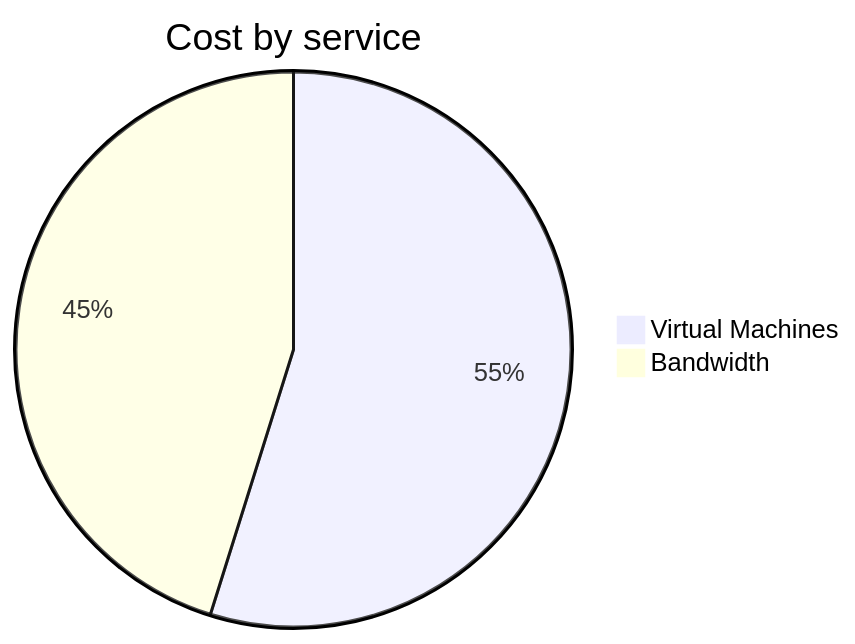
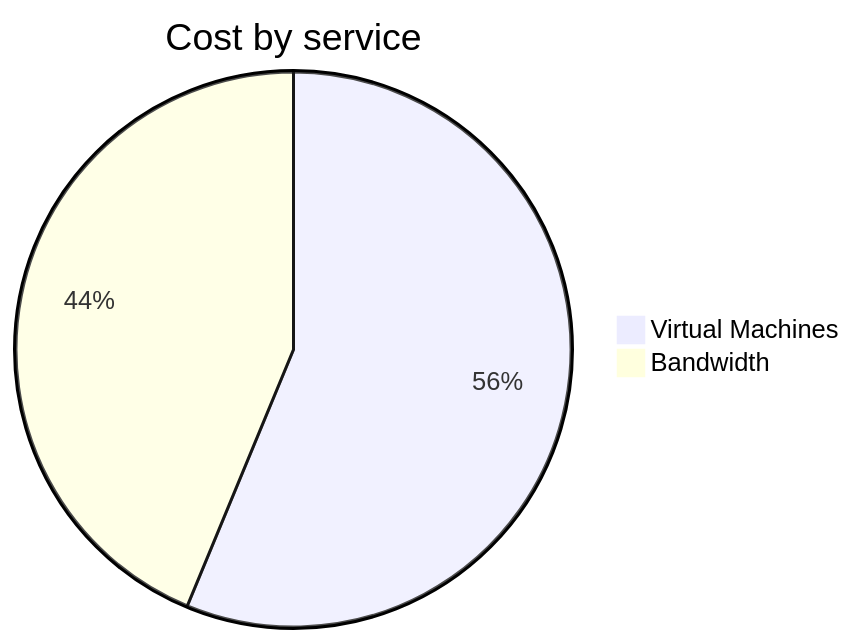
Before and after one commit to jpfulton/azure-personal-reports: the second of 4 diagrams in cost-reports/personal-network/vpn-server.md, drawn with Mermaid. The commit also changed other lines of this file and 8 other files, not shown here.

````diff
--- a/cost-reports/personal-network/vpn-server.md
+++ b/cost-reports/personal-network/vpn-server.md
@@ -94,6 +94,6 @@
 ```mermaid
 pie
    title Cost by service
-   "Virtual Machines" : 3.23
+   "Virtual Machines" : 3.42
    "Bandwidth" : 2.66
 ```
````
